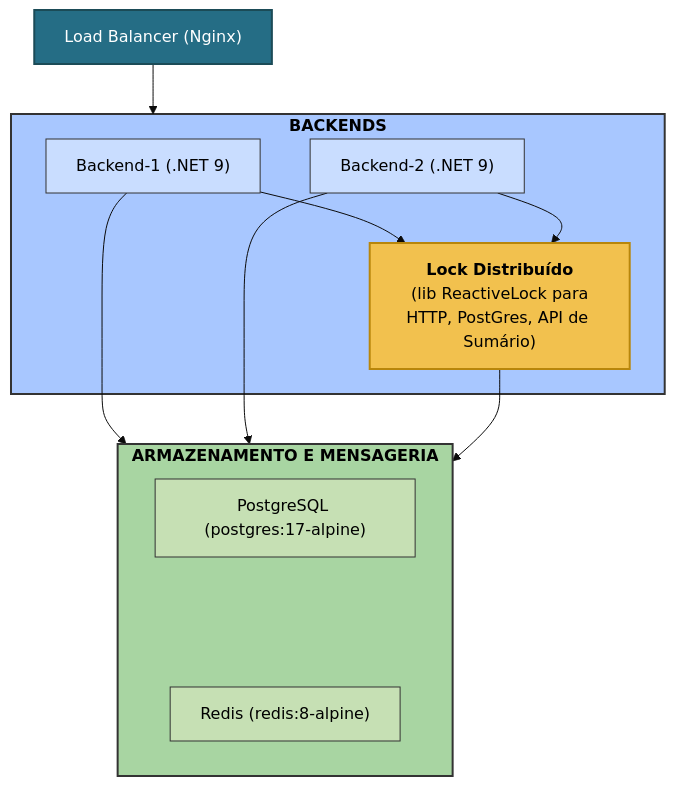
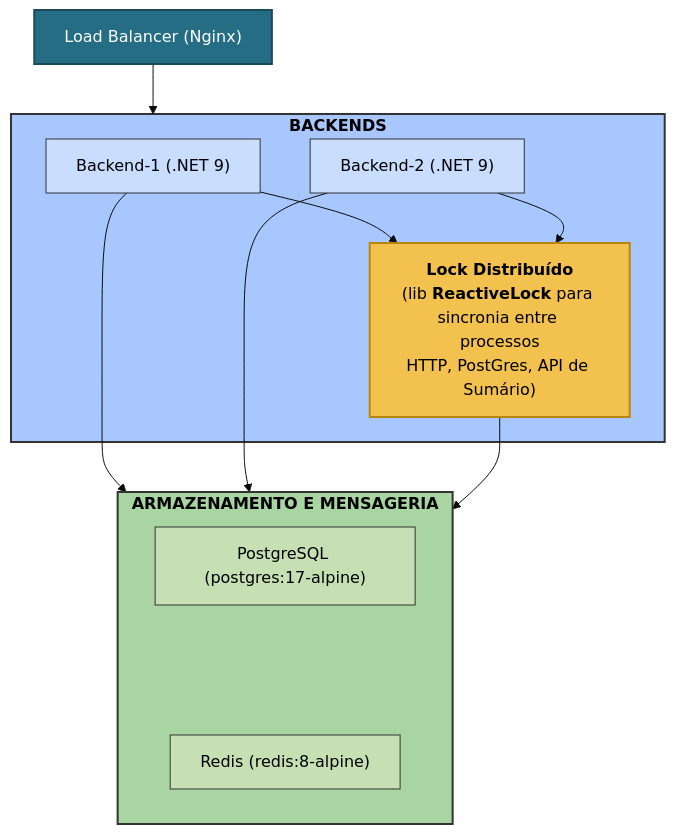
One commit to micheloliveira-com/rinha-de-backend-2025-dotnet-csharp-redis-grpc changed the diagram in README.md. Above: the diagram before and after it, drawn with Mermaid (base theme).

Commit message:
refactor: improve ReactiveLock description in diagram for better clarity on process synchronization

````diff
--- a/README.md
+++ b/README.md
@@ -16,43 +16,43 @@
 ```mermaid
 
 graph TD
   loadBalancer["Load Balancer (Nginx)"]
 
   subgraph backendsGroup["<b>BACKENDS</b>"]
     backend1["Backend-1 (.NET 9)"]
     backend2["Backend-2 (.NET 9)"]
-    reactiveLock["<b>Lock Distribuído</b><br/>(lib ReactiveLock para<br/>HTTP, PostGres, API de Sumário)"]
+    reactiveLock["<b>Lock Distribuído</b><br/>(lib <b>ReactiveLock</b> para sincronia entre processos<br/>HTTP, PostGres, API de Sumário)"]
   end
 
   subgraph storageGroup["<b>ARMAZENAMENTO E MENSAGERIA</b>"]
     postgres["PostgreSQL (postgres:17-alpine)"]
     spacer[" "]:::invisible
     redis["Redis (redis:8-alpine)"]
   end
 
   loadBalancer --> backendsGroup
 
   backend1 --> storageGroup
   backend2 --> storageGroup
 
   backend1 --> reactiveLock
   backend2 --> reactiveLock
 
   reactiveLock --> storageGroup
 
   classDef invisible fill:none,stroke:none;
 
   %% Estilos de cor
   style loadBalancer fill:#256D85,stroke:#1B4B57,stroke-width:2px,color:#FFFFFF
 
   style backendsGroup fill:#a8c7ff,stroke:#333,stroke-width:2px,color:#000
   style backend1 fill:#c9ddff,stroke:#333,stroke-width:1px,color:#000
   style backend2 fill:#c9ddff,stroke:#333,stroke-width:1px,color:#000
   style reactiveLock fill:#f2c14e,stroke:#b8860b,stroke-width:2px,color:#000
 
   style storageGroup fill:#a8d5a2,stroke:#333,stroke-width:2px,color:#000
   style postgres fill:#c6e0b4,stroke:#333,stroke-width:1px,color:#000
   style redis fill:#c6e0b4,stroke:#333,stroke-width:1px,color:#000
   
 
 ```
````
